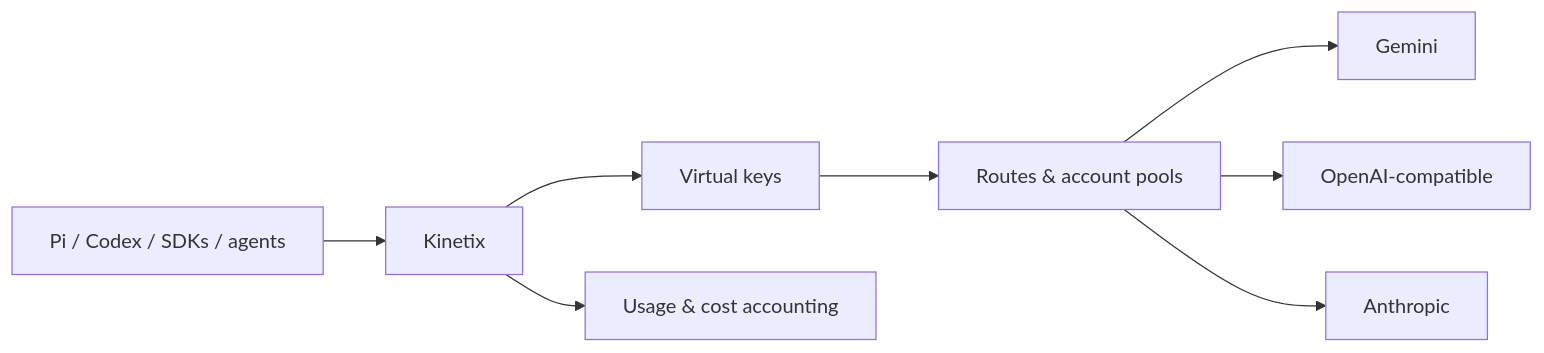
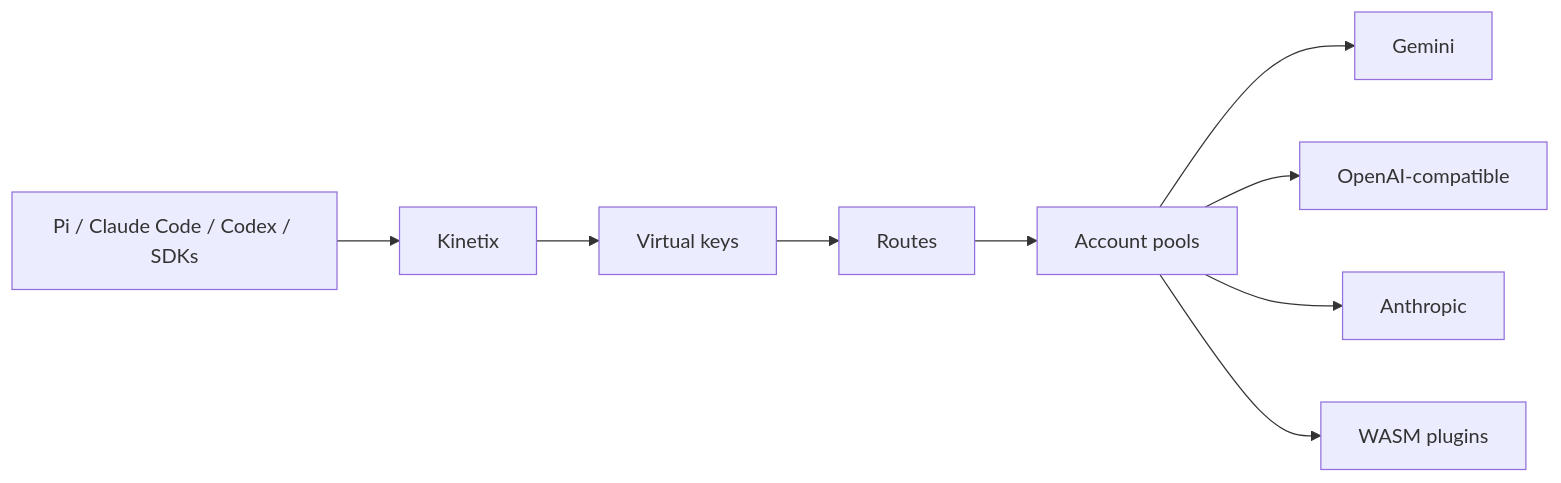
Before and after one commit to LazyGreed/kinetix: the diagram in README.md, drawn with Mermaid. The commit also changed other lines of this file and 2 other files, not shown here.

````diff
--- a/README.md
+++ b/README.md
@@ -36,20 +38,24 @@
 ```mermaid
 flowchart LR
-    C["Pi / Codex / SDKs / agents"]
+    C["Pi / Claude Code / Codex / SDKs"]
     K["Kinetix"]
+
     V["Virtual keys"]
-    R["Routes & account pools"]
-    U["Usage & cost accounting"]
+    R["Routes"]
+    P["Account pools"]
 
     G["Gemini"]
     O["OpenAI-compatible"]
     A["Anthropic"]
+    W["WASM plugins"]
 
     C --> K
     K --> V
     V --> R
-    R --> G
-    R --> O
-    R --> A
-    K --> U
+    R --> P
+
+    P --> G
+    P --> O
+    P --> A
+    P --> W
 ```
````
